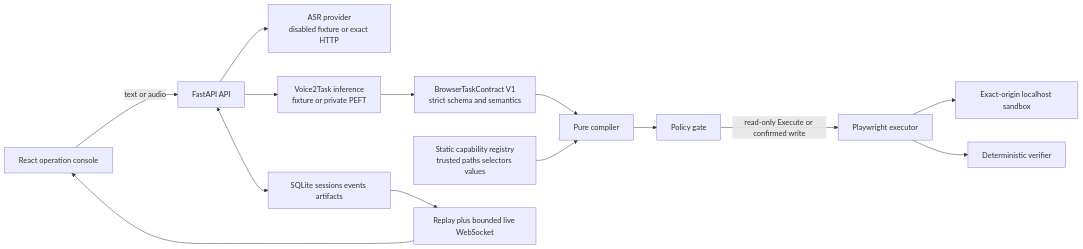
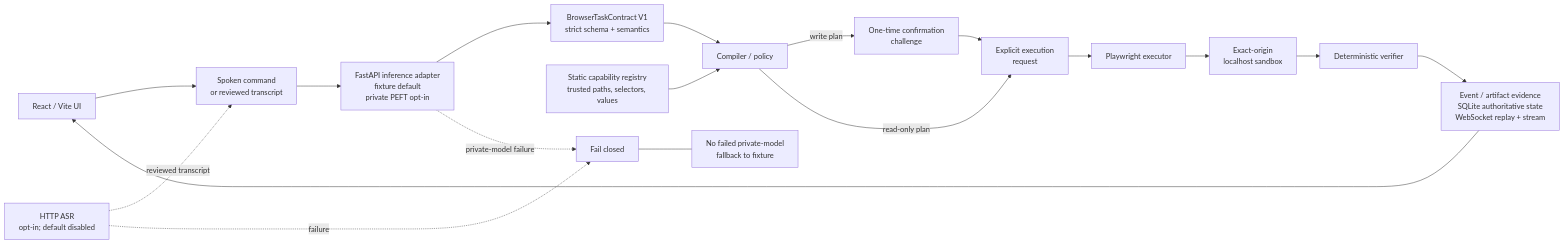
The first of 2 diagrams in docs/demo/architecture.md (Raidriar7170/voice2task-posttraining), drawn with Mermaid before and after one commit. The commit also changed other lines of this file and 4 other files, not shown here.

````diff
--- a/docs/demo/architecture.md
+++ b/docs/demo/architecture.md
@@ -5,16 +5,20 @@
 ```mermaid
 flowchart LR
-    UI["React operation console"] -->|"text or audio"| API["FastAPI API"]
-    API --> ASR["ASR provider\ndisabled fixture or exact HTTP"]
-    API --> INF["Voice2Task inference\nfixture or private PEFT"]
-    INF --> V1["BrowserTaskContract V1\nstrict schema and semantics"]
-    V1 --> COMP["Pure compiler"]
-    REG["Static capability registry\ntrusted paths selectors values"] --> COMP
-    COMP --> POL["Policy gate"]
-    POL -->|"read-only Execute or confirmed write"| EXE["Playwright executor"]
-    EXE --> SANDBOX["Exact-origin localhost sandbox"]
-    EXE --> VER["Deterministic verifier"]
-    API <--> DB["SQLite sessions events artifacts"]
-    DB --> WS["Replay plus bounded live WebSocket"]
-    WS --> UI
+    UI["React / Vite UI"] --> INPUT["Spoken command<br/>or reviewed transcript"]
+    ASR["HTTP ASR<br/>opt-in; default disabled"] -. "reviewed transcript" .-> INPUT
+    INPUT --> INF["FastAPI inference adapter<br/>fixture default<br/>private PEFT opt-in"]
+    INF --> V1["BrowserTaskContract V1<br/>strict schema + semantics"]
+    V1 --> COMP["Compiler / policy"]
+    REG["Static capability registry<br/>trusted paths, selectors, values"] --> COMP
+    COMP -->|"write plan"| CHALLENGE["One-time confirmation<br/>challenge"]
+    CHALLENGE --> EXECUTE["Explicit execution<br/>request"]
+    COMP -->|"read-only plan"| EXECUTE
+    EXECUTE --> EXE["Playwright executor"]
+    EXE --> SANDBOX["Exact-origin<br/>localhost sandbox"]
+    SANDBOX --> VER["Deterministic verifier"]
+    VER --> EVIDENCE["Event / artifact evidence<br/>SQLite authoritative state<br/>WebSocket replay + stream"]
+    EVIDENCE --> UI
+    ASR -. "failure" .-> CLOSED["Fail closed"]
+    INF -. "private-model failure" .-> CLOSED
+    CLOSED --- NOFALLBACK["No failed private-model<br/>fallback to fixture"]
 ```
````
